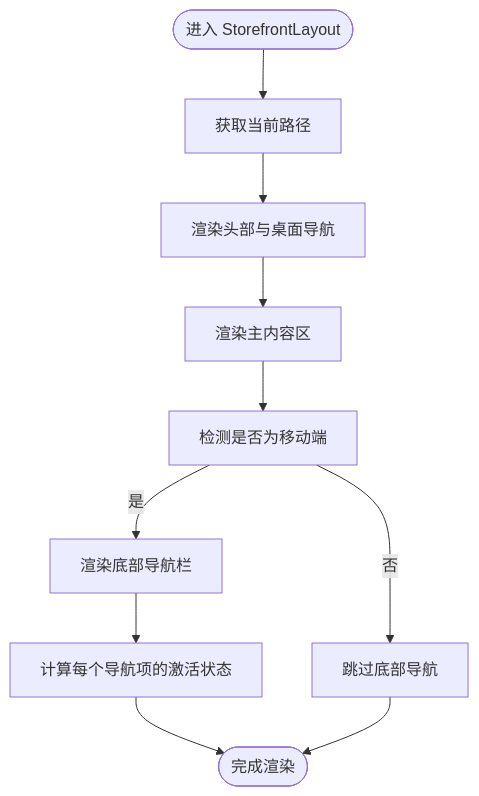
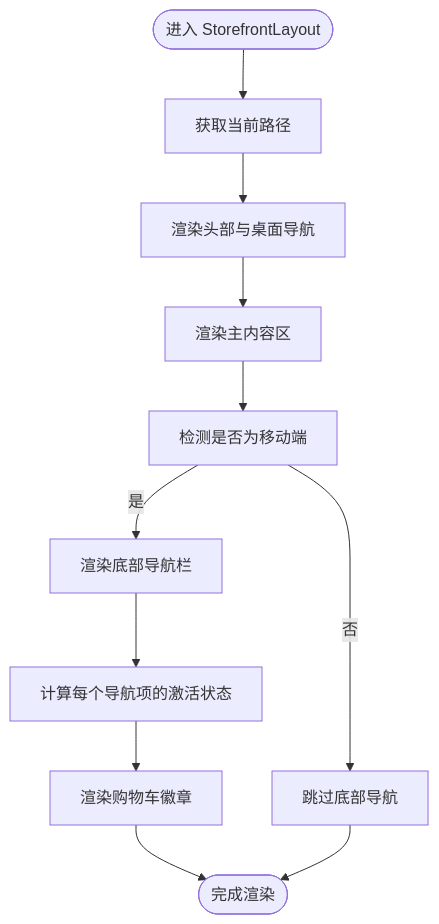
The third of 9 diagrams in .qoder/repowiki/zh/content/前台商店系统/前台商店系统.md (three3638-arch/celestia_2b), drawn with Mermaid before and after one commit. The commit also changed other lines of this file and 17 other files, not shown here.

````diff
--- a/.qoder/repowiki/zh/content/前台商店系统/前台商店系统.md
+++ b/.qoder/repowiki/zh/content/前台商店系统/前台商店系统.md
@@ -136,12 +214,13 @@
 ```mermaid
 flowchart TD
 Start(["进入 StorefrontLayout"]) --> GetPath["获取当前路径"]
 GetPath --> RenderHeader["渲染头部与桌面导航"]
 RenderHeader --> RenderMain["渲染主内容区"]
 RenderMain --> CheckMobile["检测是否为移动端"]
 CheckMobile --> |是| RenderBottomNav["渲染底部导航栏"]
 CheckMobile --> |否| SkipBottomNav["跳过底部导航"]
 RenderBottomNav --> ActiveCheck["计算每个导航项的激活状态"]
-ActiveCheck --> End(["完成渲染"])
+ActiveCheck --> RenderCartBadge["渲染购物车徽章"]
+RenderCartBadge --> End(["完成渲染"])
 SkipBottomNav --> End
 ```
````
